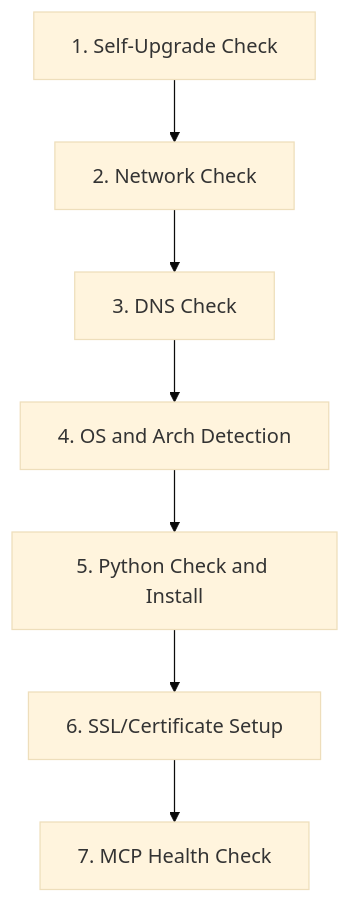
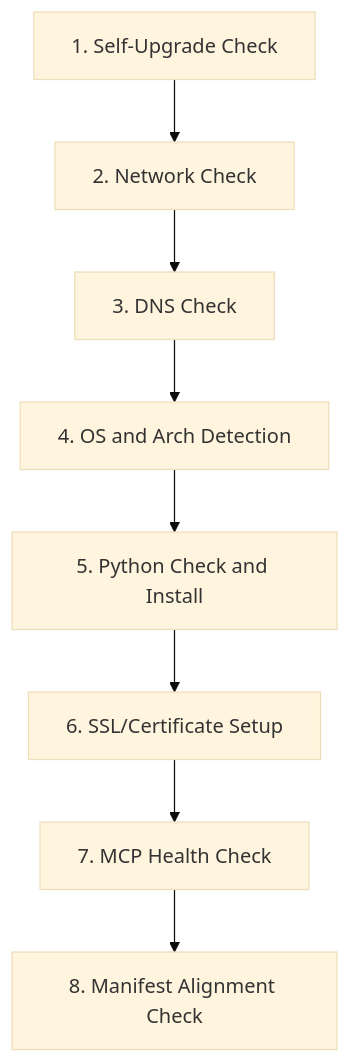
One commit to PubMatic/pubmatic-mcp-server changed the diagram in PubMatic_Troubleshooting_Plan.md. Above: the diagram before and after it, drawn with Mermaid (base theme). The commit also changed other lines of this file and 2 other files, not shown here.

````diff
--- a/PubMatic_Troubleshooting_Plan.md
+++ b/PubMatic_Troubleshooting_Plan.md
@@ -51,9 +51,10 @@
 ```mermaid
 flowchart TD
   A["1. Self-Upgrade Check"] --> B["2. Network Check"]
   B --> C["3. DNS Check"]
   C --> D["4. OS and Arch Detection"]
   D --> E["5. Python Check and Install"]
   E --> F["6. SSL/Certificate Setup"]
   F --> G["7. MCP Health Check"]
+  G --> H["8. Manifest Alignment Check"]
 ```
````
